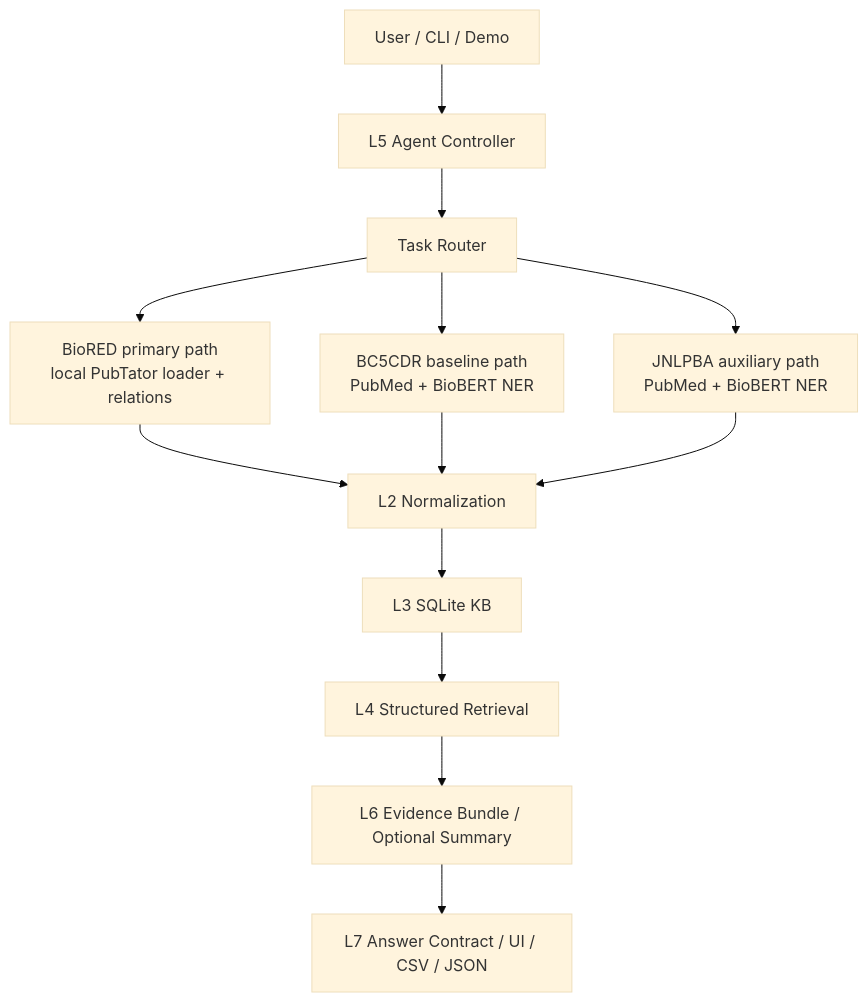
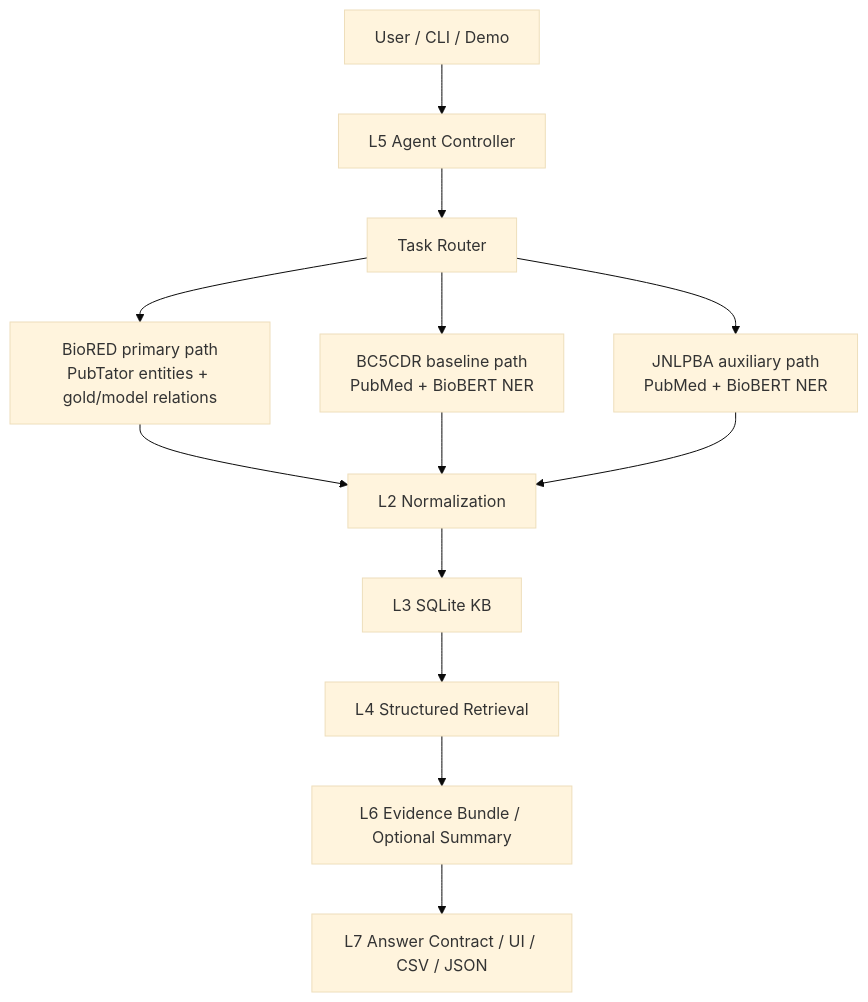
The diagram in SYSTEM_DESIGN.md (Yi104/biomedical_literature_intelligence_engine), drawn with Mermaid (base theme) before and after one commit. The commit also changed other lines of this file and 25 other files, not shown here.

Commit message:
Add BioRED relation inference 4A

````diff
--- a/SYSTEM_DESIGN.md
+++ b/SYSTEM_DESIGN.md
@@ -38,18 +38,18 @@
 ```mermaid
 flowchart TB
     U["User / CLI / Demo"] --> A["L5 Agent Controller"]
     A --> R["Task Router"]
 
-    R --> B["BioRED primary path<br/>local PubTator loader + relations"]
+    R --> B["BioRED primary path<br/>PubTator entities + gold/model relations"]
     R --> C["BC5CDR baseline path<br/>PubMed + BioBERT NER"]
     R --> D["JNLPBA auxiliary path<br/>PubMed + BioBERT NER"]
 
     B --> N["L2 Normalization"]
     C --> N
     D --> N
 
     N --> K["L3 SQLite KB"]
     K --> Q["L4 Structured Retrieval"]
     Q --> S["L6 Evidence Bundle / Optional Summary"]
     S --> O["L7 Answer Contract / UI / CSV / JSON"]
 ```
````
